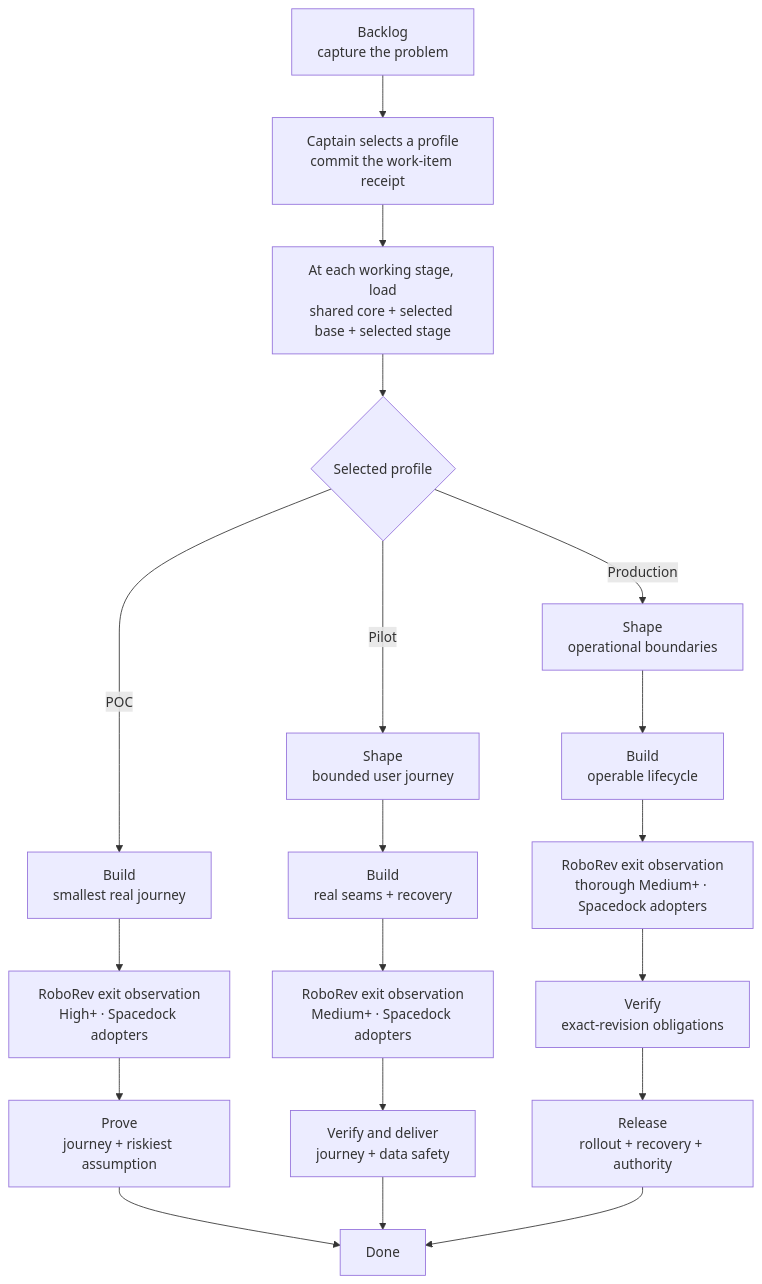
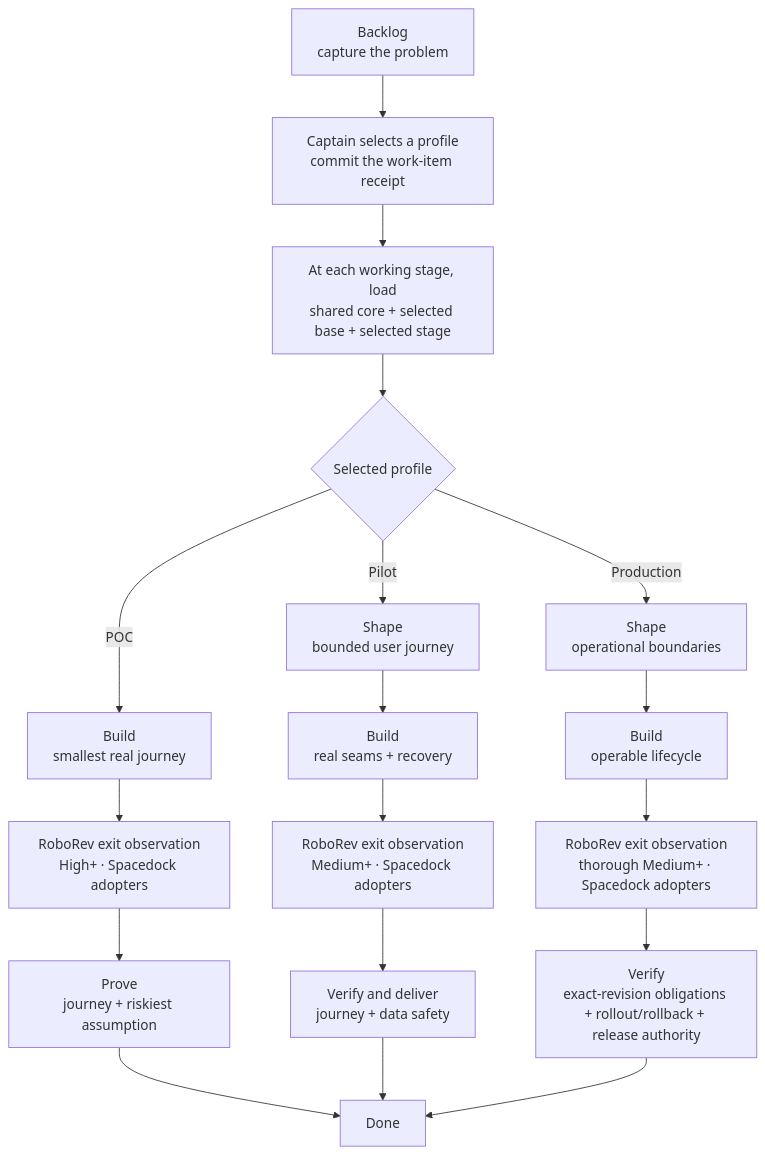
One commit to iamcxa/kc-claude-plugins changed the diagram in kc-dev-flow/README.md. Above: the diagram before and after it, drawn with Mermaid. The commit also changed other lines of this file and 14 other files, not shown here.

````diff
--- a/kc-dev-flow/README.md
+++ b/kc-dev-flow/README.md
@@ -17,24 +17,23 @@
 ```mermaid
 flowchart TB
     A["Backlog<br/>capture the problem"] --> B["Captain selects a profile<br/>commit the work-item receipt"]
     B --> L["At each working stage, load<br/>shared core + selected base + selected stage"]
     L --> C{Selected profile}
 
     C -->|POC| P1["Build<br/>smallest real journey"]
     P1 --> P2["RoboRev exit observation<br/>High+ · Spacedock adopters"]
     P2 --> P3["Prove<br/>journey + riskiest assumption"]
     P3 --> D[Done]
 
     C -->|Pilot| T1["Shape<br/>bounded user journey"]
     T1 --> T2["Build<br/>real seams + recovery"]
     T2 --> T3["RoboRev exit observation<br/>Medium+ · Spacedock adopters"]
     T3 --> T4["Verify and deliver<br/>journey + data safety"]
     T4 --> D
 
     C -->|Production| R1["Shape<br/>operational boundaries"]
     R1 --> R2["Build<br/>operable lifecycle"]
     R2 --> R3["RoboRev exit observation<br/>thorough Medium+ · Spacedock adopters"]
-    R3 --> R4["Verify<br/>exact-revision obligations"]
-    R4 --> R5["Release<br/>rollout + recovery + authority"]
-    R5 --> D
+    R3 --> R4["Verify<br/>exact-revision obligations + rollout/rollback + release authority"]
+    R4 --> D
 ```
````
